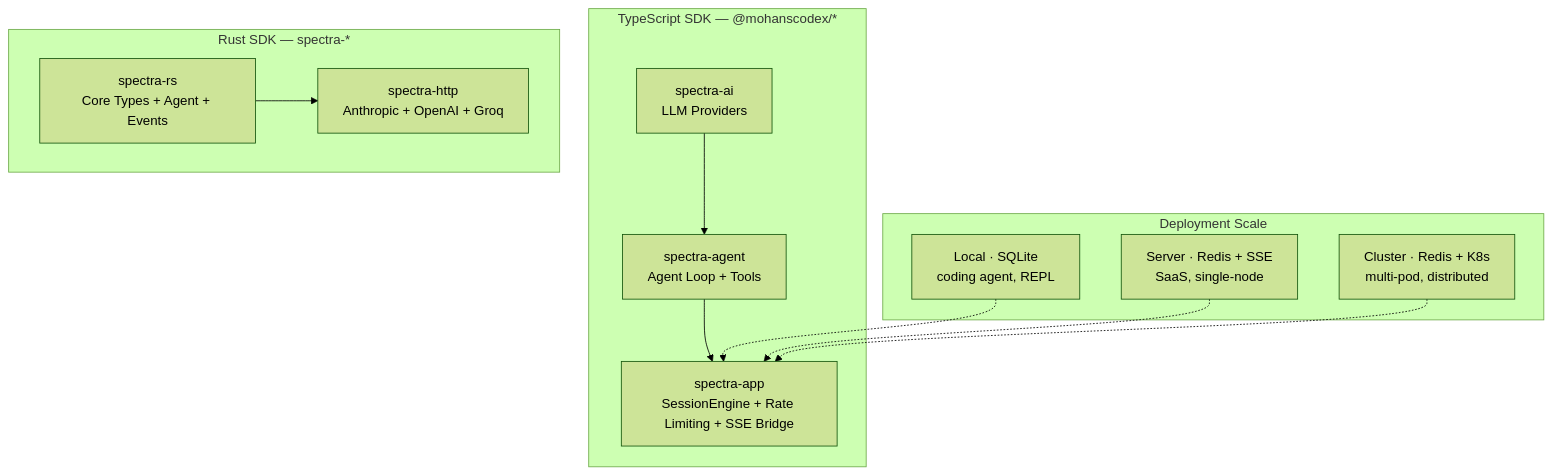
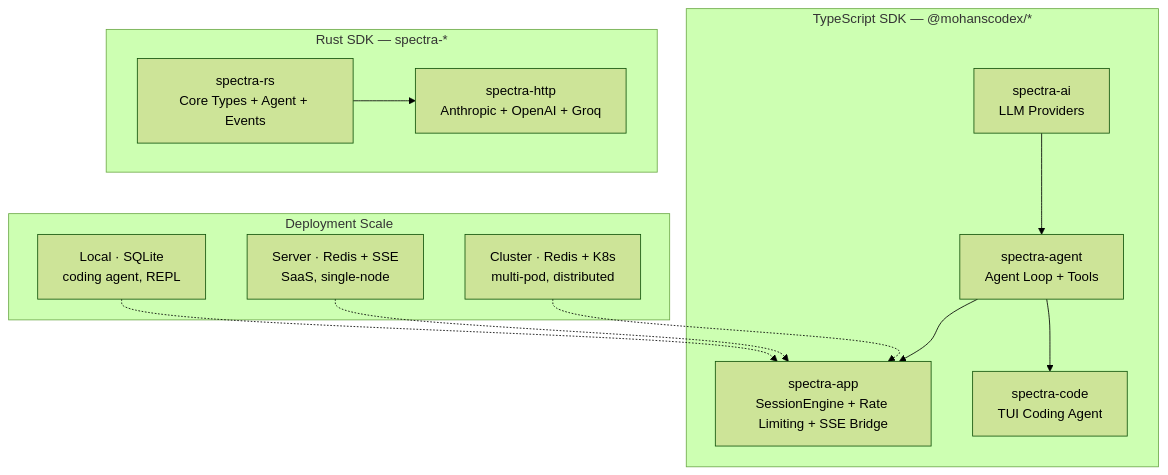
One commit to codex-mohan/spectra changed the diagram in README.md. Above: the diagram before and after it, drawn with Mermaid (forest theme). The commit also changed other lines of this file and 1 other file, not shown here.

Commit message:
docs: add spectra-code to README; fix release workflow to aggregate all package changelogs

````diff
--- a/README.md
+++ b/README.md
@@ -39,24 +39,26 @@
 ```mermaid
 graph TB
     subgraph TypeScript["TypeScript SDK — @mohanscodex/*"]
         AI["spectra-ai<br/>LLM Providers"]
         AGENT["spectra-agent<br/>Agent Loop + Tools"]
         APP["spectra-app<br/>SessionEngine + Rate Limiting + SSE Bridge"]
+        CODE["spectra-code<br/>TUI Coding Agent"]
         AI --> AGENT --> APP
+        AGENT --> CODE
     end
 
     subgraph Rust["Rust SDK — spectra-*"]
         RS["spectra-rs<br/>Core Types + Agent + Events"]
         HTTP["spectra-http<br/>Anthropic + OpenAI + Groq"]
         RS --> HTTP
     end
 
     subgraph Deploy["Deployment Scale"]
         LOCAL["Local · SQLite<br/>coding agent, REPL"]
         SERVER["Server · Redis + SSE<br/>SaaS, single-node"]
         CLUSTER["Cluster · Redis + K8s<br/>multi-pod, distributed"]
         LOCAL -.-> APP
         SERVER -.-> APP
         CLUSTER -.-> APP
     end
 ```
````
